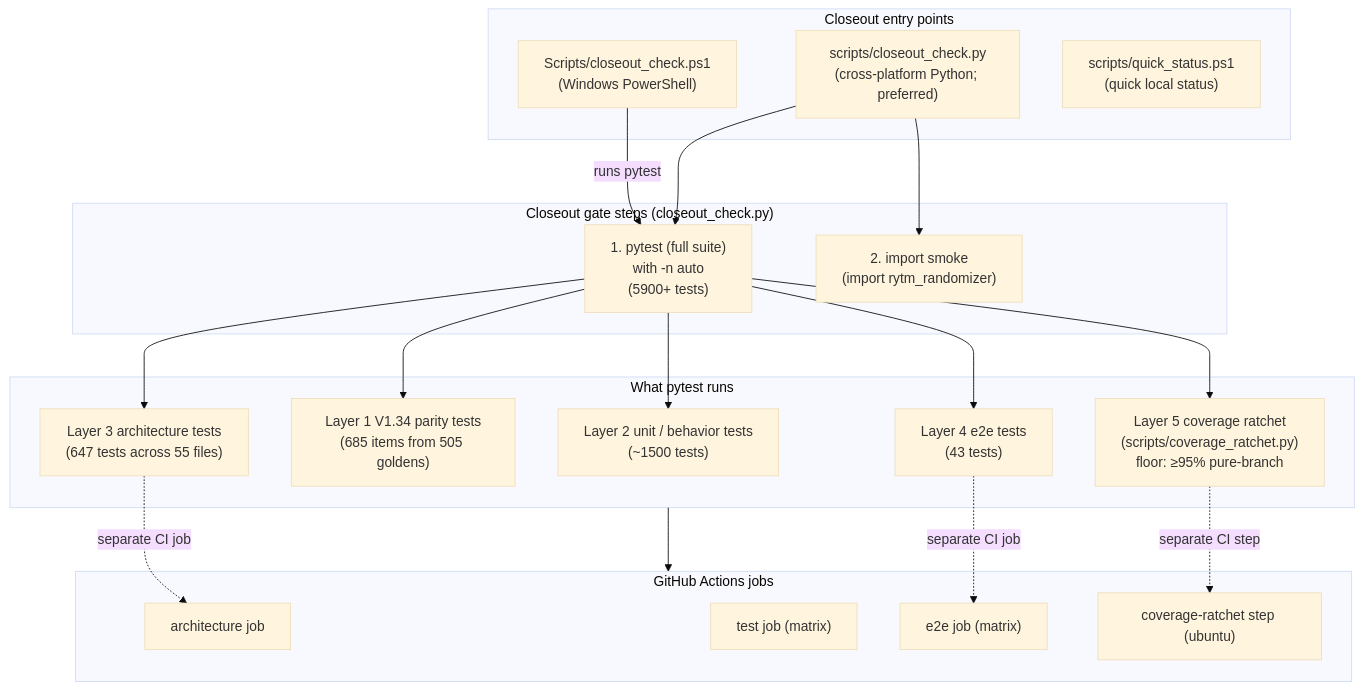
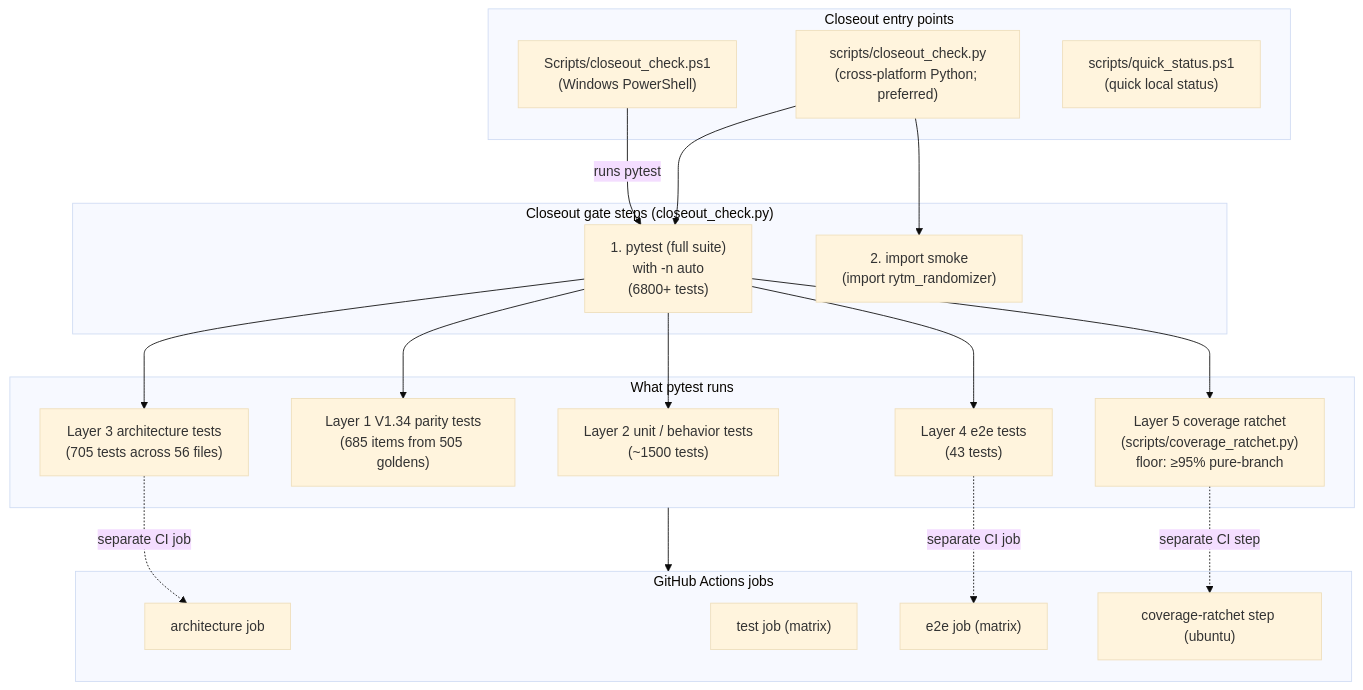
Before and after one commit to buzzijose-hub/RytmRandomizer: diagram 24 of 34 in docs/ARCHITECTURE_DIAGRAMS.md, drawn with Mermaid (base theme). The commit also changed other lines of this file and 157 other files, not shown here.

````diff
--- a/docs/ARCHITECTURE_DIAGRAMS.md
+++ b/docs/ARCHITECTURE_DIAGRAMS.md
@@ -1683,43 +1744,43 @@
 ```mermaid
 flowchart TB
     subgraph Entry["Closeout entry points"]
         CloseoutPS1["Scripts/closeout_check.ps1<br/>(Windows PowerShell)"]
         CloseoutPy["scripts/closeout_check.py<br/>(cross-platform Python; preferred)"]
         QuickStatus["scripts/quick_status.ps1<br/>(quick local status)"]
     end
 
     subgraph GateSteps["Closeout gate steps (closeout_check.py)"]
-        Step1["1. pytest (full suite)<br/>with -n auto<br/>(5900+ tests)"]
+        Step1["1. pytest (full suite)<br/>with -n auto<br/>(6800+ tests)"]
         Step2["2. import smoke<br/>(import rytm_randomizer)"]
     end
 
     subgraph PytestLayers["What pytest runs"]
         PassiveTests["Layer 2 unit / behavior tests<br/>(~1500 tests)"]
         ParityTests["Layer 1 V1.34 parity tests<br/>(685 items from 505 goldens)"]
-        ArchTests["Layer 3 architecture tests<br/>(647 tests across 55 files)"]
+        ArchTests["Layer 3 architecture tests<br/>(705 tests across 56 files)"]
         E2ETests["Layer 4 e2e tests<br/>(43 tests)"]
         CovStep["Layer 5 coverage ratchet<br/>(scripts/coverage_ratchet.py)<br/>floor: ≥95% pure-branch"]
     end
 
     subgraph CIJobs["GitHub Actions jobs"]
         CIArch["architecture job"]
         CITest["test job (matrix)"]
         CIE2E["e2e job (matrix)"]
         CIRatchet["coverage-ratchet step (ubuntu)"]
     end
 
     CloseoutPS1 -->|"runs pytest"| Step1
     CloseoutPy --> Step1
     CloseoutPy --> Step2
 
     Step1 --> PassiveTests
     Step1 --> ParityTests
     Step1 --> ArchTests
     Step1 --> E2ETests
     Step1 --> CovStep
 
     PytestLayers --> CIJobs
     ArchTests -.->|"separate CI job"| CIArch
     E2ETests -.->|"separate CI job"| CIE2E
     CovStep -.->|"separate CI step"| CIRatchet
 ```
````
